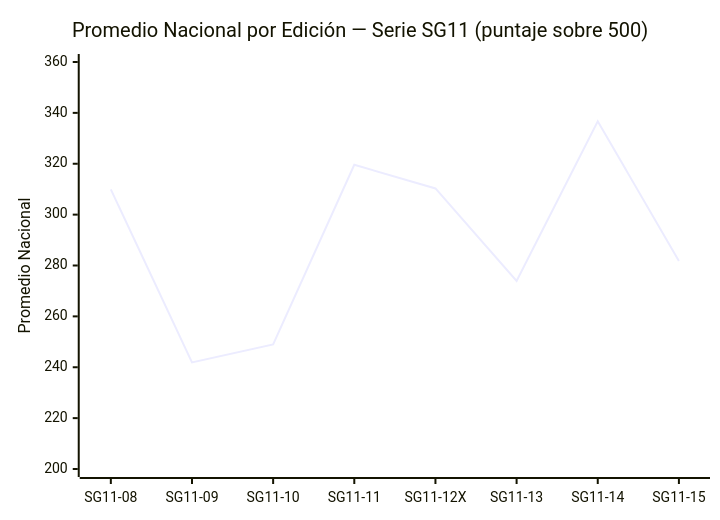
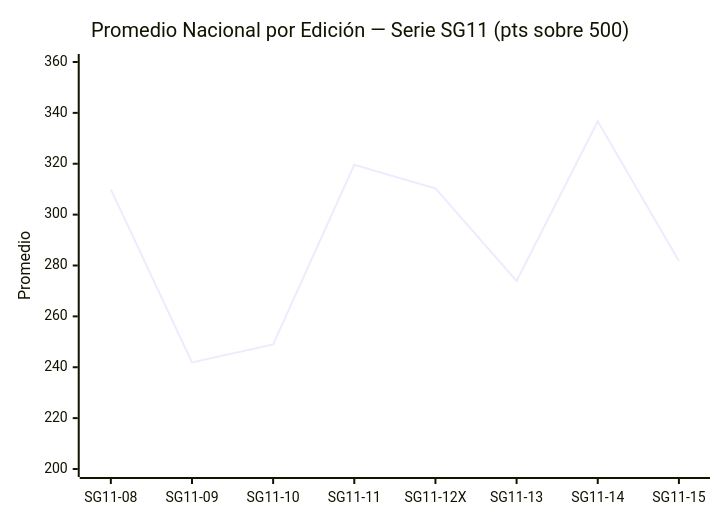
The first of 4 diagrams in reporte_detallado_sg11_13.md (daniel-alt-pages/propuestas), drawn with Mermaid before and after one commit. The commit also changed other lines of this file, not shown here.

````diff
--- a/reporte_detallado_sg11_13.md
+++ b/reporte_detallado_sg11_13.md
@@ -42,7 +72,7 @@
 ```mermaid
 xychart-beta
-    title "Promedio Nacional por Edición — Serie SG11 (puntaje sobre 500)"
-    x-axis ["SG11-08", "SG11-09", "SG11-10", "SG11-11", "SG11-12X", "SG11-13", "SG11-14", "SG11-15"]
-    y-axis "Promedio Nacional" 200 --> 360
+    title "Promedio Nacional por Edición — Serie SG11 (pts sobre 500)"
+    x-axis ["SG11-08","SG11-09","SG11-10","SG11-11","SG11-12X","SG11-13","SG11-14","SG11-15"]
+    y-axis "Promedio" 200 --> 360
     line [309.9, 241.9, 249.0, 319.6, 310.3, 273.9, 336.7, 281.8]
 ```
````
